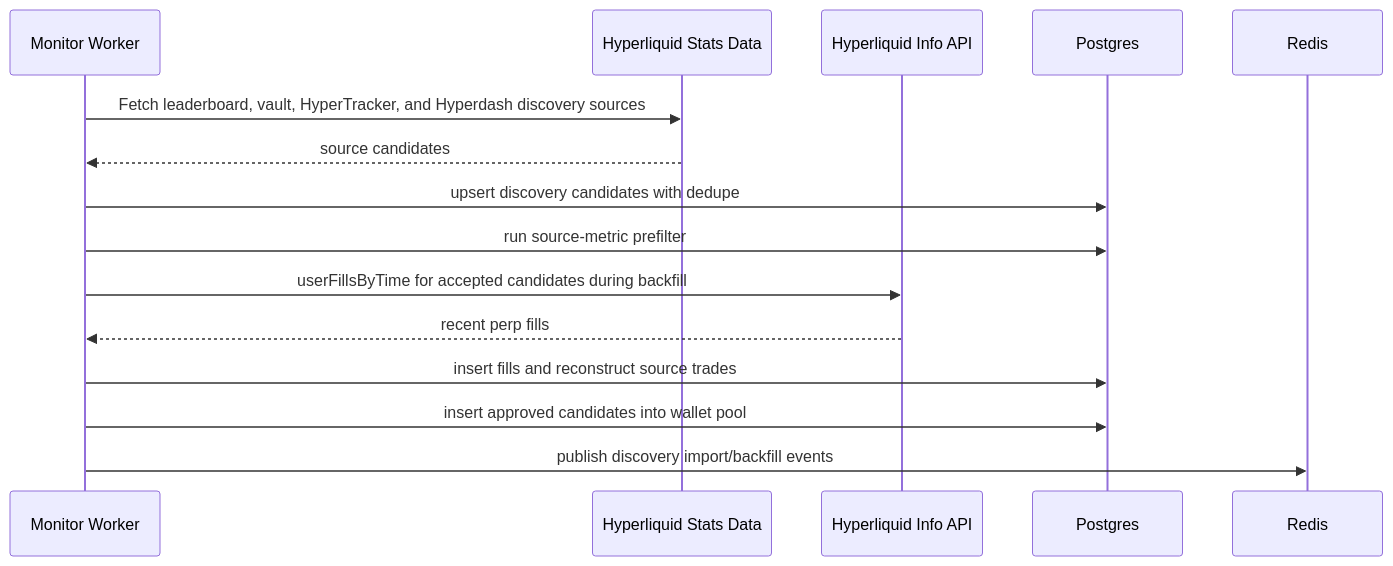
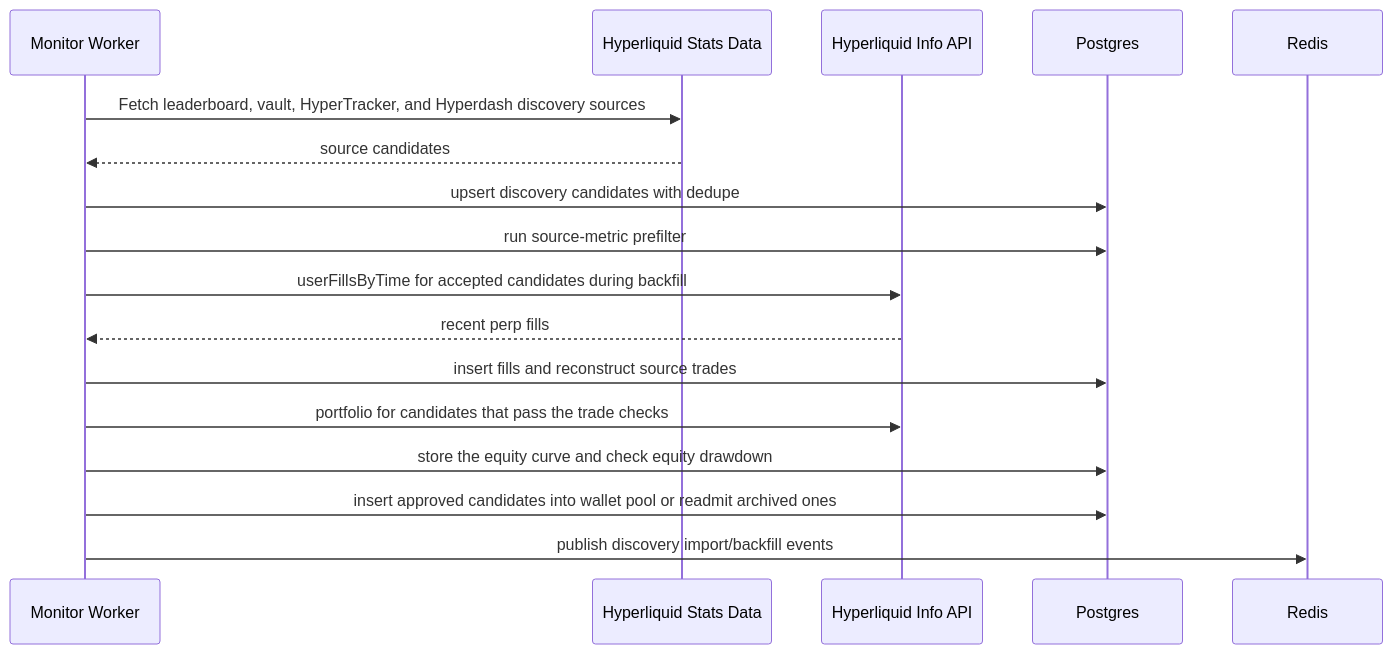
One commit to DrottPoker/copytrading-agent changed the eighth of 10 diagrams in docs/architecture.md. Above: the diagram before and after it, drawn with Mermaid. The commit also changed other lines of this file and 42 other files, not shown here.

````diff
--- a/docs/architecture.md
+++ b/docs/architecture.md
@@ -803,18 +877,20 @@
 ```mermaid
 sequenceDiagram
   participant Worker as Monitor Worker
   participant Stats as Hyperliquid Stats Data
   participant HL as Hyperliquid Info API
   participant DB as Postgres
   participant Redis as Redis
 
   Worker->>Stats: Fetch leaderboard, vault, HyperTracker, and Hyperdash discovery sources
   Stats-->>Worker: source candidates
   Worker->>DB: upsert discovery candidates with dedupe
   Worker->>DB: run source-metric prefilter
   Worker->>HL: userFillsByTime for accepted candidates during backfill
   HL-->>Worker: recent perp fills
   Worker->>DB: insert fills and reconstruct source trades
-  Worker->>DB: insert approved candidates into wallet pool
+  Worker->>HL: portfolio for candidates that pass the trade checks
+  Worker->>DB: store the equity curve and check equity drawdown
+  Worker->>DB: insert approved candidates into wallet pool or readmit archived ones
   Worker->>Redis: publish discovery import/backfill events
 ```
````
